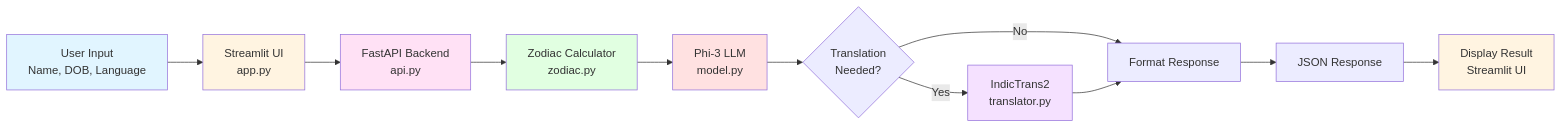
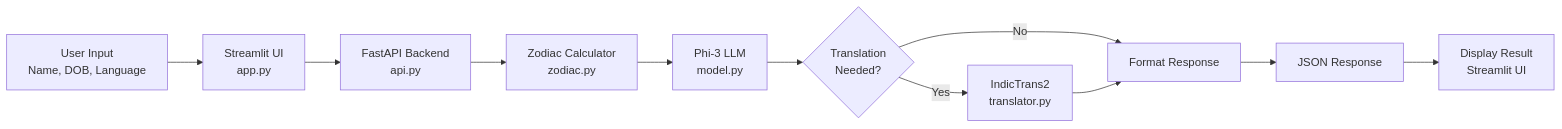
The diagram in README.md (gaursuniverse/astro-insight-pro), drawn with Mermaid before and after one commit. The commit also changed other lines of this file, not shown here.

````diff
--- a/README.md
+++ b/README.md
@@ -525,21 +525,13 @@
 ```mermaid
 flowchart LR
     A[User Input<br/>Name, DOB, Language] --> B[Streamlit UI<br/>app.py]
     B --> C[FastAPI Backend<br/>api.py]
     C --> D[Zodiac Calculator<br/>zodiac.py]
     D --> E[Phi-3 LLM<br/>model.py]
     E --> F{Translation<br/>Needed?}
     F -->|Yes| G[IndicTrans2<br/>translator.py]
     F -->|No| H[Format Response]
     G --> H
     H --> I[JSON Response]
     I --> J[Display Result<br/>Streamlit UI]
-    
-    style A fill:#e1f5ff
-    style B fill:#fff4e1
-    style C fill:#ffe1f5
-    style D fill:#e1ffe1
-    style E fill:#ffe1e1
-    style G fill:#f5e1ff
-    style J fill:#fff4e1
 ```
````
